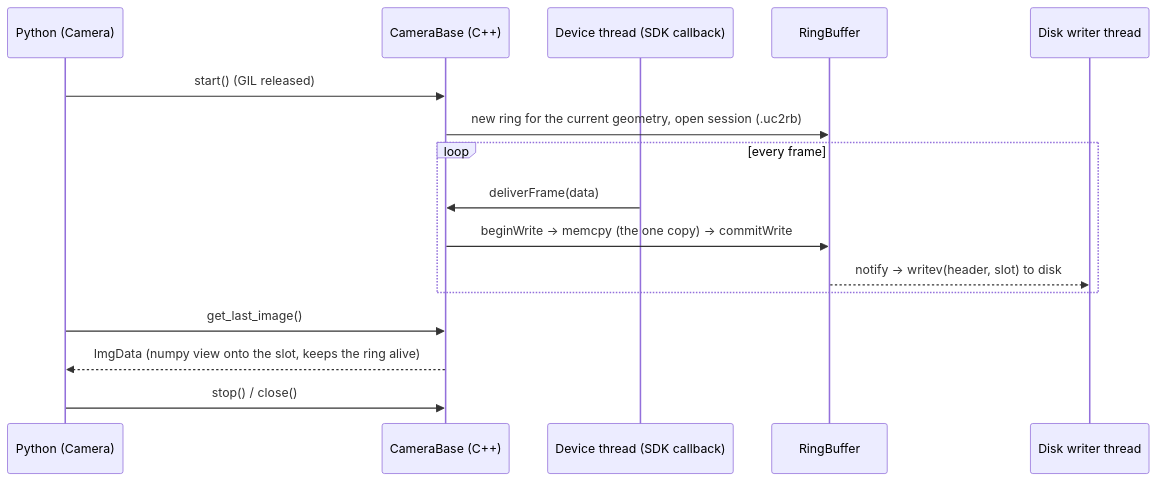
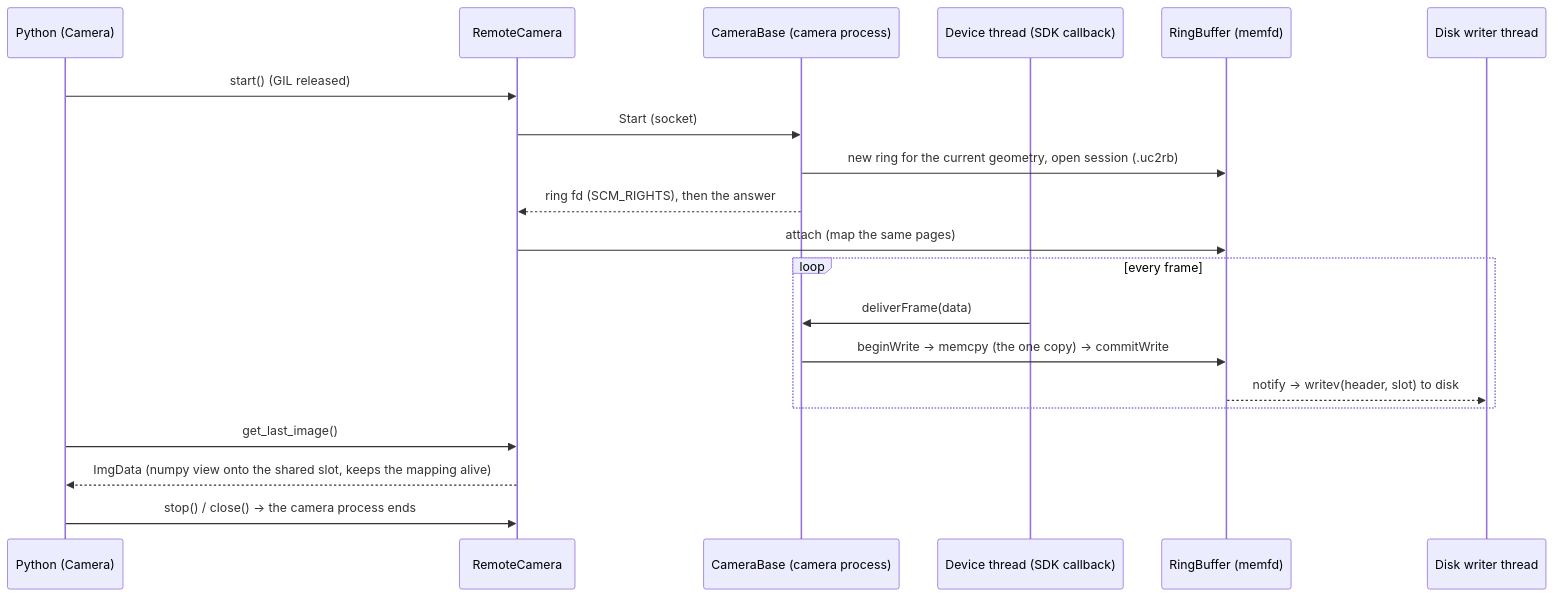
The second of 2 diagrams in README.md (openUC2/UC2_cam_py), drawn with Mermaid before and after one commit. The commit also changed other lines of this file and 39 other files, not shown here.

````diff
--- a/README.md
+++ b/README.md
@@ -89,19 +108,23 @@
 ```mermaid
 sequenceDiagram
     participant Py as Python (Camera)
-    participant CB as CameraBase (C++)
+    participant RC as RemoteCamera
+    participant CB as CameraBase (camera process)
     participant Dev as Device thread (SDK callback)
-    participant RB as RingBuffer
+    participant RB as RingBuffer (memfd)
     participant W as Disk writer thread
 
-    Py->>CB: start()  (GIL released)
+    Py->>RC: start()  (GIL released)
+    RC->>CB: Start (socket)
     CB->>RB: new ring for the current geometry, open session (.uc2rb)
+    CB-->>RC: ring fd (SCM_RIGHTS), then the answer
+    RC->>RB: attach (map the same pages)
     loop every frame
         Dev->>CB: deliverFrame(data)
         CB->>RB: beginWrite → memcpy (the one copy) → commitWrite
         RB-->>W: notify → writev(header, slot) to disk
     end
-    Py->>CB: get_last_image()
-    CB-->>Py: ImgData (numpy view onto the slot, keeps the ring alive)
-    Py->>CB: stop() / close()
+    Py->>RC: get_last_image()
+    RC-->>Py: ImgData (numpy view onto the shared slot, keeps the mapping alive)
+    Py->>RC: stop() / close()  → the camera process ends
 ```
````
